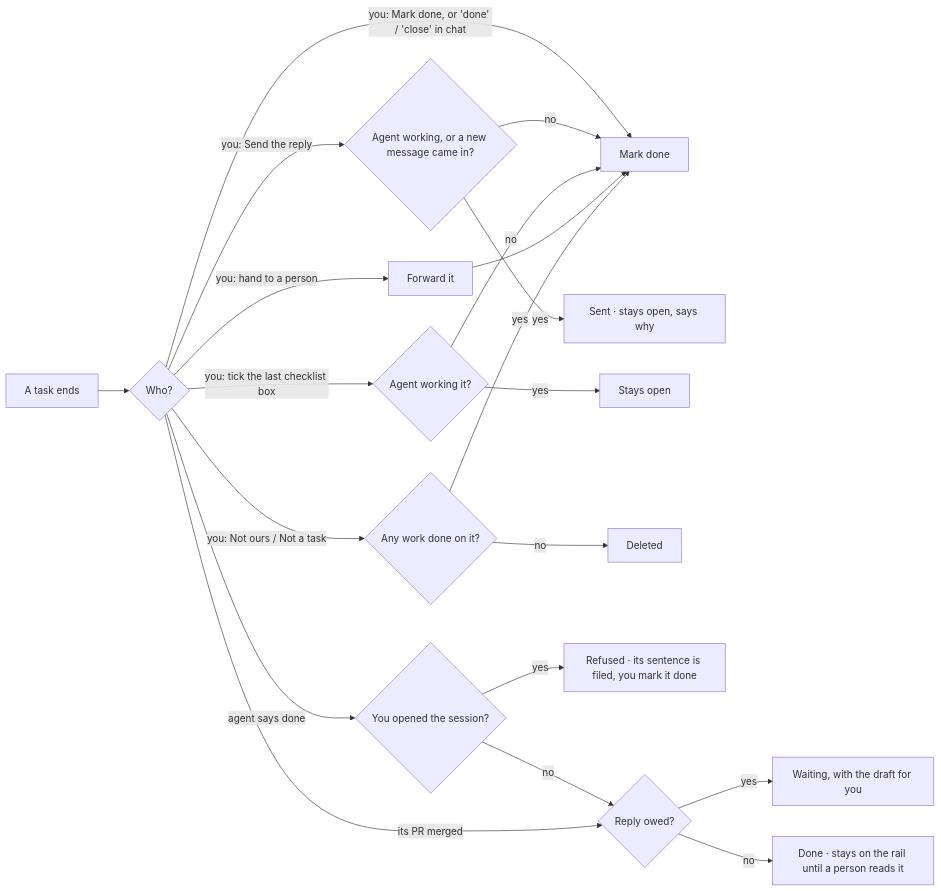
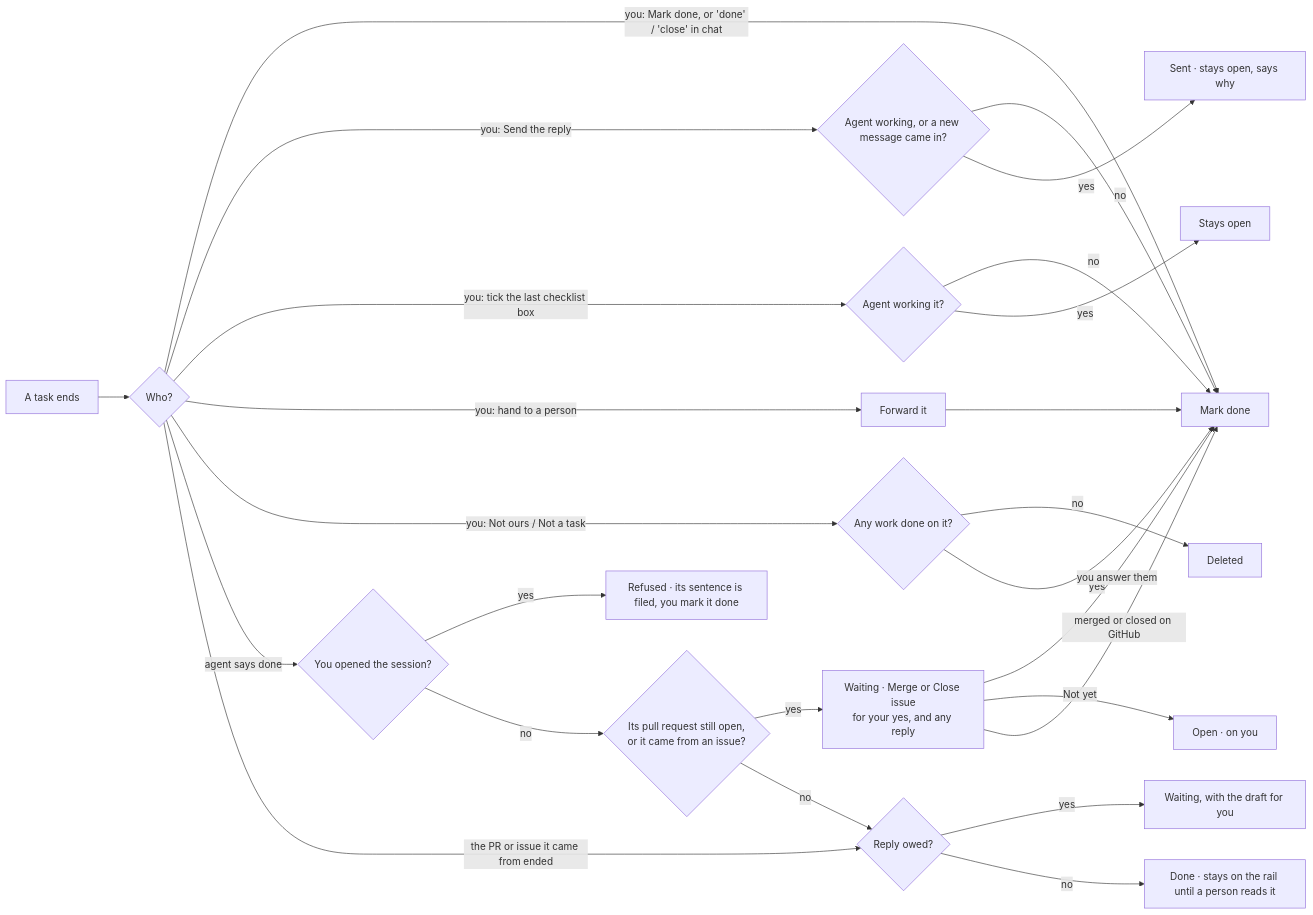
Before and after one commit to ldbumble/taskuary: the diagram in docs/how-a-task-ends.md, drawn with Mermaid. The commit also changed other lines of this file and 37 other files, not shown here.

````diff
--- a/docs/how-a-task-ends.md
+++ b/docs/how-a-task-ends.md
@@ -24,21 +24,26 @@
 ```mermaid
 flowchart LR
   T["A task ends"] --> W{"Who?"}
   W -->|"you: Mark done, or 'done' / 'close' in chat"| F["Mark done"]
   W -->|"you: Send the reply"| S{"Agent working, or a new message came in?"}
   S -->|no| F
   S -->|yes| S1["Sent · stays open, says why"]
   W -->|"you: tick the last checklist box"| K{"Agent working it?"}
   K -->|no| F
   K -->|yes| K1["Stays open"]
   W -->|"you: hand to a person"| P["Forward it"] --> F
   W -->|"you: Not ours / Not a task"| X{"Any work done on it?"}
   X -->|no| X1["Deleted"]
   X -->|yes| F
   W -->|"agent says done"| O{"You opened the session?"}
   O -->|yes| O1["Refused · its sentence is filed, you mark it done"]
-  O -->|no| R
-  W -->|"its PR merged"| R{"Reply owed?"}
+  O -->|no| C{"Its pull request still open,<br/>or it came from an issue?"}
+  C -->|yes| C1["Waiting · Merge or Close issue<br/>for your yes, and any reply"]
+  C1 -->|"you answer them"| F
+  C1 -->|"Not yet"| C2["Open · on you"]
+  C1 -->|"merged or closed on GitHub"| F
+  C -->|no| R
+  W -->|"the PR or issue it came from ended"| R{"Reply owed?"}
   R -->|yes| R1["Waiting, with the draft for you"]
   R -->|no| R2["Done · stays on the rail until a person reads it"]
 ```
````
